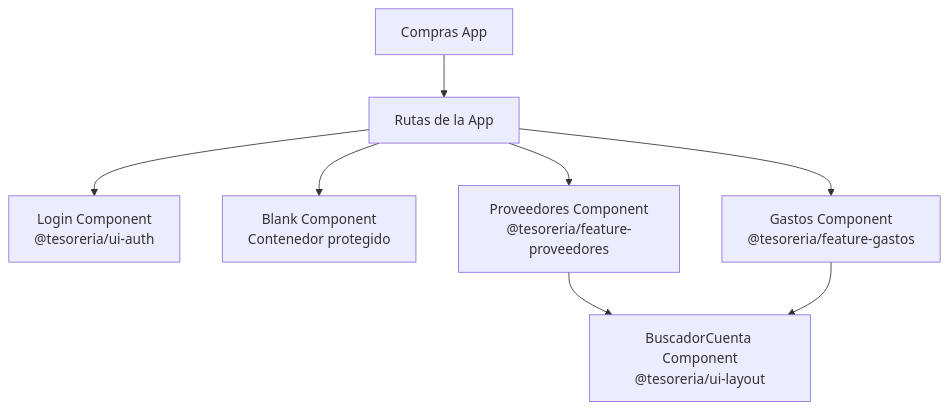
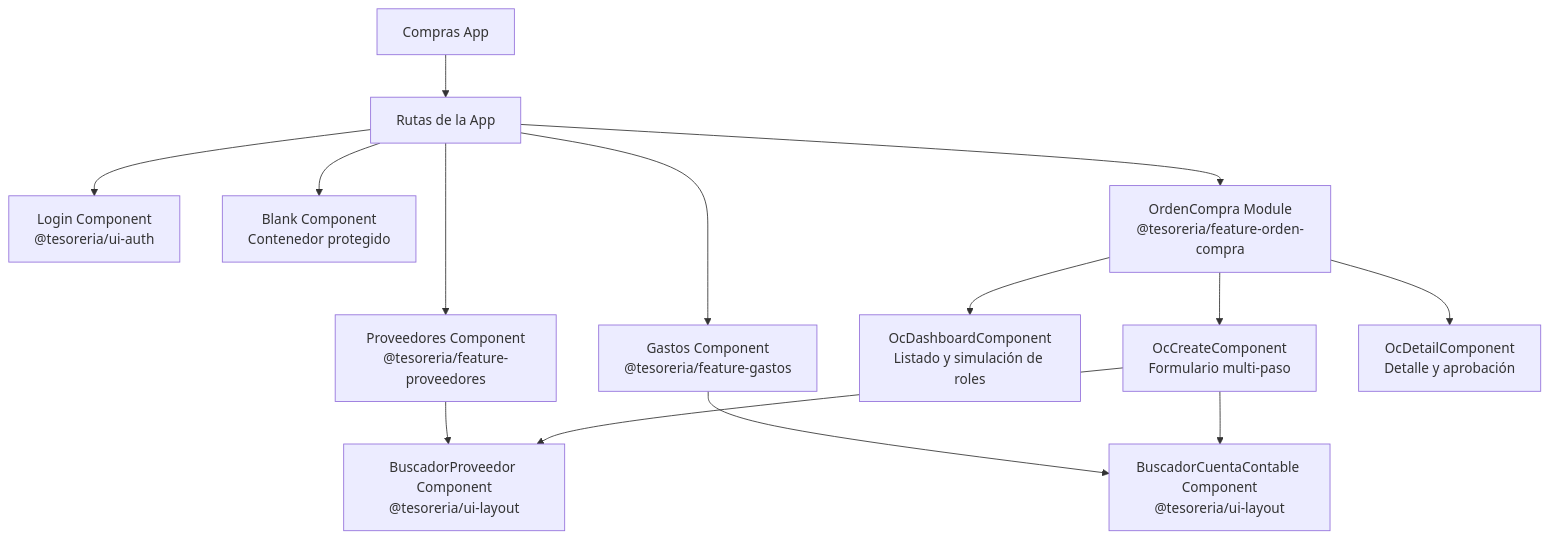
Before and after one commit to UM-services/UM.tesoreria.frontend-client: the third of 7 diagrams in docs/architecture.md, drawn with Mermaid. The commit also changed other lines of this file and 36 other files, not shown here.

First line of the commit message:
feat(orden-compra): add purchase order module with supporting UI components

````diff
--- a/docs/architecture.md
+++ b/docs/architecture.md
@@ -81,11 +83,18 @@
 ```mermaid
 graph TD
     ComprasApp[Compras App] --> AppRoutes[Rutas de la App]
     AppRoutes --> Login[Login Component<br/>@tesoreria/ui-auth]
     AppRoutes --> Blank[Blank Component<br/>Contenedor protegido]
     AppRoutes --> Proveedores[Proveedores Component<br/>@tesoreria/feature-proveedores]
     AppRoutes --> Gastos[Gastos Component<br/>@tesoreria/feature-gastos]
+    AppRoutes --> OrdenCompra[OrdenCompra Module<br/>@tesoreria/feature-orden-compra]
 
-    Proveedores --> BuscadorCuenta[BuscadorCuenta Component<br/>@tesoreria/ui-layout]
-    Gastos --> BuscadorCuenta[BuscadorCuenta Component<br/>@tesoreria/ui-layout]
+    OrdenCompra --> OCDashboard[OcDashboardComponent<br/>Listado y simulación de roles]
+    OrdenCompra --> OCCreate[OcCreateComponent<br/>Formulario multi-paso]
+    OrdenCompra --> OCDetail[OcDetailComponent<br/>Detalle y aprobación]
+
+    Proveedores --> BuscadorProveedor[BuscadorProveedor Component<br/>@tesoreria/ui-layout]
+    Gastos --> BuscadorCuentaContable[BuscadorCuentaContable Component<br/>@tesoreria/ui-layout]
+    OCCreate --> BuscadorProveedor
+    OCCreate --> BuscadorCuentaContable
 ```
````
